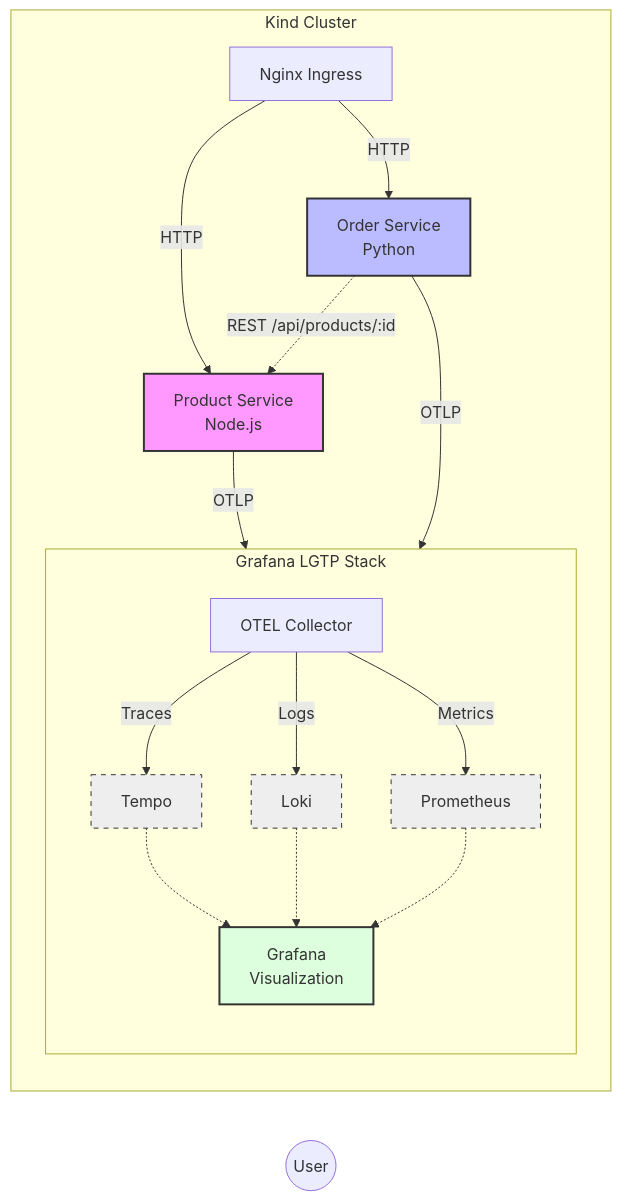
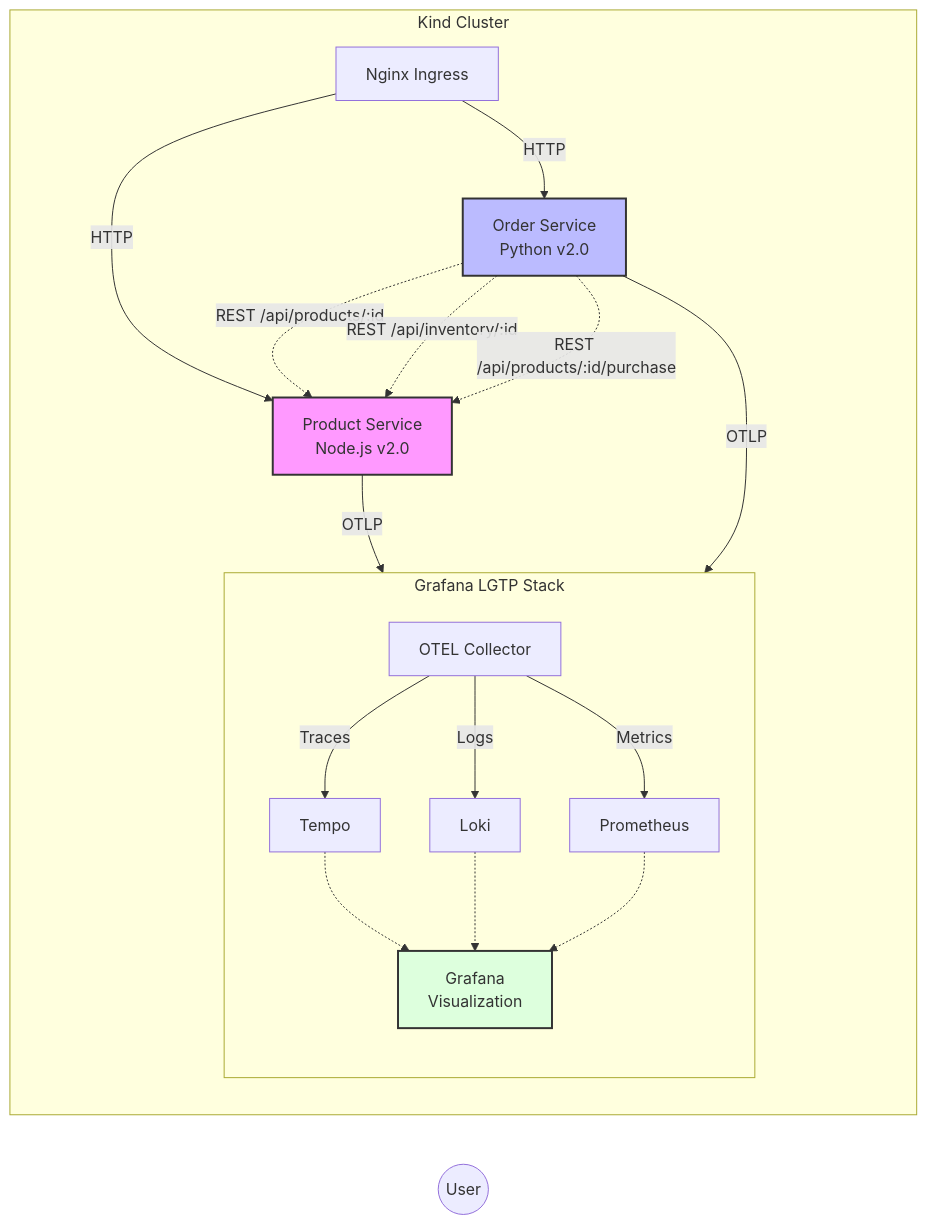
The diagram in README.md (jsalvarredy/grafana-otel-demo), drawn with Mermaid before and after one commit. The commit also changed other lines of this file, not shown here.

````diff
--- a/README.md
+++ b/README.md
@@ -84,34 +108,33 @@
 ```mermaid
 graph LR
     User((User))
     Ingress[Nginx Ingress]
-    
+
     subgraph Cluster [Kind Cluster]
         direction TB
-        Ingress --> |HTTP| ProductSvc[Product Service<br/>Node.js]
-        Ingress --> |HTTP| OrderSvc[Order Service<br/>Python]
-        
+        Ingress --> |HTTP| ProductSvc[Product Service<br/>Node.js v2.0]
+        Ingress --> |HTTP| OrderSvc[Order Service<br/>Python v2.0]
+
         OrderSvc -.-> |REST /api/products/:id| ProductSvc
-        
+        OrderSvc -.-> |REST /api/inventory/:id| ProductSvc
+        OrderSvc -.-> |REST /api/products/:id/purchase| ProductSvc
+
         ProductSvc --> |OTLP| Collector[OTEL Collector]
         OrderSvc --> |OTLP| Collector
-        
+
         subgraph LGTP [Grafana LGTP Stack]
             direction TB
             Collector --> |Traces| Tempo[Tempo]
             Collector --> |Logs| Loki[Loki]
             Collector --> |Metrics| Prometheus[Prometheus]
-            
+
             Tempo -.-> Grafana[Grafana<br/>Visualization]
             Loki -.-> Grafana
             Prometheus -.-> Grafana
         end
     end
-    
+
     style ProductSvc fill:#f9f,stroke:#333,stroke-width:2px
     style OrderSvc fill:#bbf,stroke:#333,stroke-width:2px
     style Grafana fill:#dfd,stroke:#333,stroke-width:2px
-    style Tempo fill:#eee,stroke:#333,stroke-dasharray: 5 5
-    style Loki fill:#eee,stroke:#333,stroke-dasharray: 5 5
-    style Prometheus fill:#eee,stroke:#333,stroke-dasharray: 5 5
 ```
````
